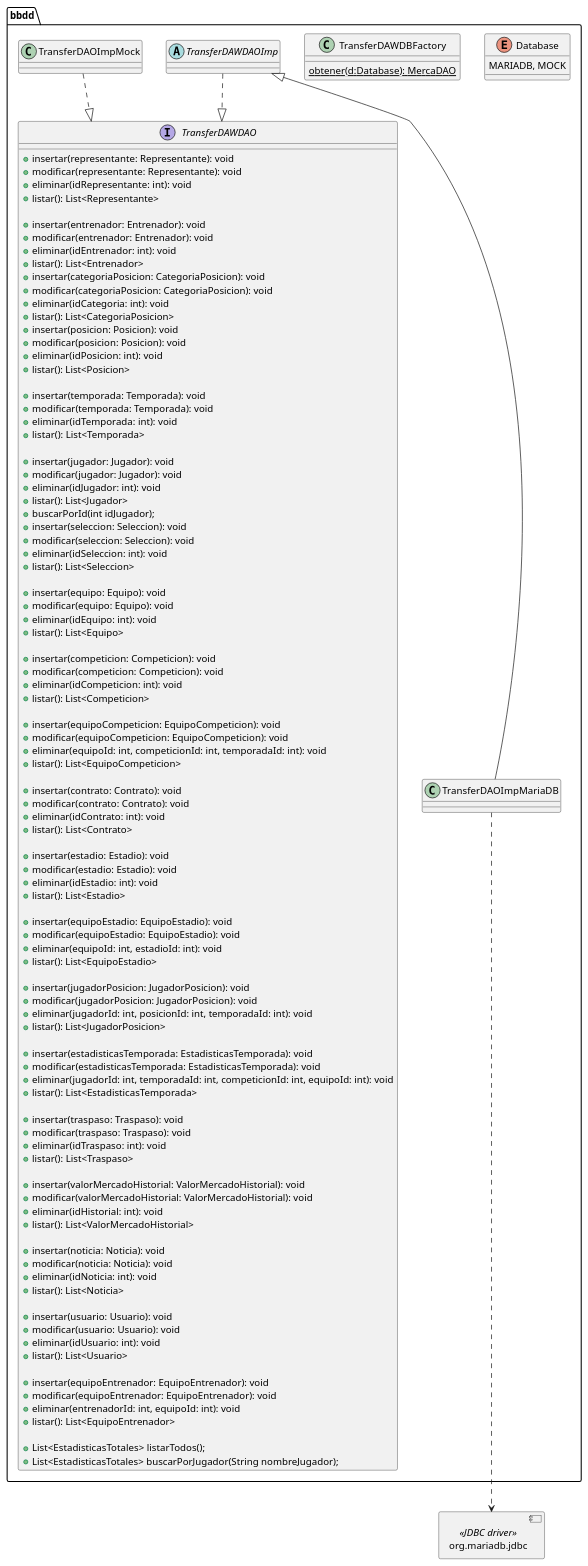
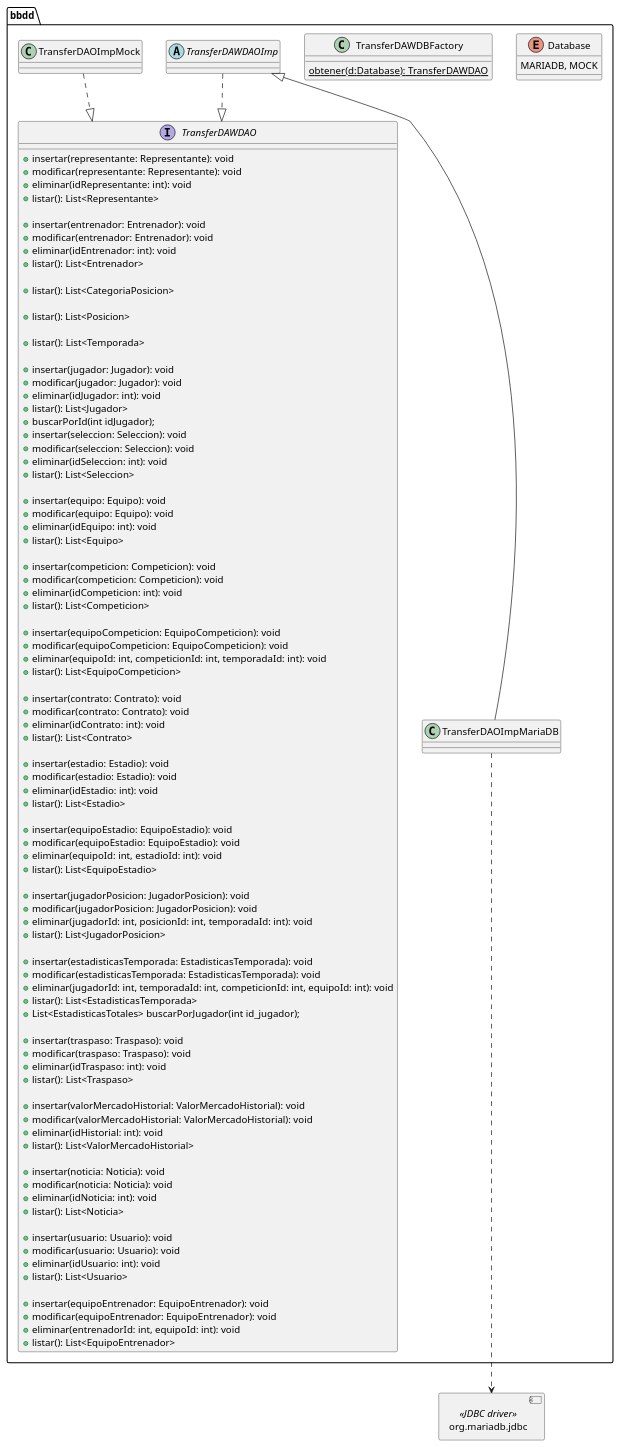
Before and after one commit to IR-Play88/TransferDAW: the diagram in trasnferdaw/design/diagramas/diagrama_de_clases/ClasesBBDD.pu, drawn with PlantUML. The commit also changed 7 other files, not shown here.

```diff
--- a/trasnferdaw/design/diagramas/diagrama_de_clases/ClasesBBDD.pu
+++ b/trasnferdaw/design/diagramas/diagrama_de_clases/ClasesBBDD.pu
@@ -1,145 +1,132 @@
 @startuml bbdd
 allow_mixing
 set separator none
 top to bottom direction
     package bbdd{
         enum Database{
             MARIADB, MOCK
         }
 
         interface TransferDAWDAO {
             +insertar(representante: Representante): void
             +modificar(representante: Representante): void
             +eliminar(idRepresentante: int): void
             +listar(): List<Representante>
 
             +insertar(entrenador: Entrenador): void
             +modificar(entrenador: Entrenador): void
             +eliminar(idEntrenador: int): void
             +listar(): List<Entrenador>
 
-
-            +insertar(categoriaPosicion: CategoriaPosicion): void
-            +modificar(categoriaPosicion: CategoriaPosicion): void
-            +eliminar(idCategoria: int): void
             +listar(): List<CategoriaPosicion>
 
-
-            +insertar(posicion: Posicion): void
-            +modificar(posicion: Posicion): void
-            +eliminar(idPosicion: int): void
             +listar(): List<Posicion>
 
-            +insertar(temporada: Temporada): void
-            +modificar(temporada: Temporada): void
-            +eliminar(idTemporada: int): void
             +listar(): List<Temporada>
 
             +insertar(jugador: Jugador): void
             +modificar(jugador: Jugador): void
             +eliminar(idJugador: int): void
             +listar(): List<Jugador>
             +buscarPorId(int idJugador);
 
 
             +insertar(seleccion: Seleccion): void
             +modificar(seleccion: Seleccion): void
             +eliminar(idSeleccion: int): void
             +listar(): List<Seleccion>
 
             +insertar(equipo: Equipo): void
             +modificar(equipo: Equipo): void
             +eliminar(idEquipo: int): void
             +listar(): List<Equipo>
 
             +insertar(competicion: Competicion): void
             +modificar(competicion: Competicion): void
             +eliminar(idCompeticion: int): void
             +listar(): List<Competicion>
 
             +insertar(equipoCompeticion: EquipoCompeticion): void
             +modificar(equipoCompeticion: EquipoCompeticion): void
             +eliminar(equipoId: int, competicionId: int, temporadaId: int): void
             +listar(): List<EquipoCompeticion>
 
             +insertar(contrato: Contrato): void
             +modificar(contrato: Contrato): void
             +eliminar(idContrato: int): void
             +listar(): List<Contrato>
 
             +insertar(estadio: Estadio): void
             +modificar(estadio: Estadio): void
             +eliminar(idEstadio: int): void
             +listar(): List<Estadio>
 
             +insertar(equipoEstadio: EquipoEstadio): void
             +modificar(equipoEstadio: EquipoEstadio): void
             +eliminar(equipoId: int, estadioId: int): void
             +listar(): List<EquipoEstadio>
 
             +insertar(jugadorPosicion: JugadorPosicion): void
             +modificar(jugadorPosicion: JugadorPosicion): void
             +eliminar(jugadorId: int, posicionId: int, temporadaId: int): void
             +listar(): List<JugadorPosicion>
 
             +insertar(estadisticasTemporada: EstadisticasTemporada): void
             +modificar(estadisticasTemporada: EstadisticasTemporada): void
             +eliminar(jugadorId: int, temporadaId: int, competicionId: int, equipoId: int): void
             +listar(): List<EstadisticasTemporada>
+             +List<EstadisticasTotales> buscarPorJugador(int id_jugador);
 
             +insertar(traspaso: Traspaso): void
             +modificar(traspaso: Traspaso): void
             +eliminar(idTraspaso: int): void
             +listar(): List<Traspaso>
 
             +insertar(valorMercadoHistorial: ValorMercadoHistorial): void
             +modificar(valorMercadoHistorial: ValorMercadoHistorial): void
             +eliminar(idHistorial: int): void
             +listar(): List<ValorMercadoHistorial>
 
             +insertar(noticia: Noticia): void
             +modificar(noticia: Noticia): void
             +eliminar(idNoticia: int): void
             +listar(): List<Noticia>
 
             +insertar(usuario: Usuario): void
             +modificar(usuario: Usuario): void
             +eliminar(idUsuario: int): void
             +listar(): List<Usuario>
 
             +insertar(equipoEntrenador: EquipoEntrenador): void
             +modificar(equipoEntrenador: EquipoEntrenador): void
             +eliminar(entrenadorId: int, equipoId: int): void
             +listar(): List<EquipoEntrenador>
-
-            +List<EstadisticasTotales> listarTodos();
-            +List<EstadisticasTotales> buscarPorJugador(String nombreJugador);
         }
     
 
         class TransferDAWDBFactory{
-            {static} obtener(d:Database): MercaDAO
+            {static} obtener(d:Database): TransferDAWDAO
         }
 
         abstract TransferDAWDAOImp {       
 
         }
 
         class TransferDAOImpMock{
 
         }
 
         class TransferDAOImpMariaDB{
             
         }
            
     }
 
     component org.mariadb.jdbc <<JDBC driver>>
 
     TransferDAOImpMariaDB ..> org.mariadb.jdbc
     TransferDAWDAOImp <|-- TransferDAOImpMariaDB
     TransferDAWDAOImp..|> TransferDAWDAO
     TransferDAOImpMock..|> TransferDAWDAO 
     
 @enduml
```
